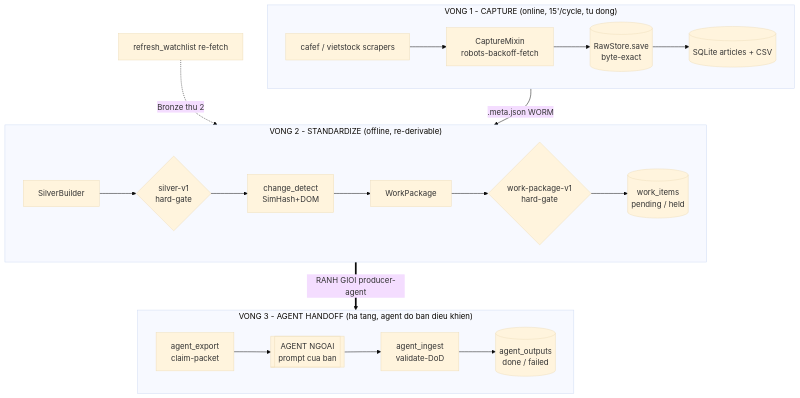
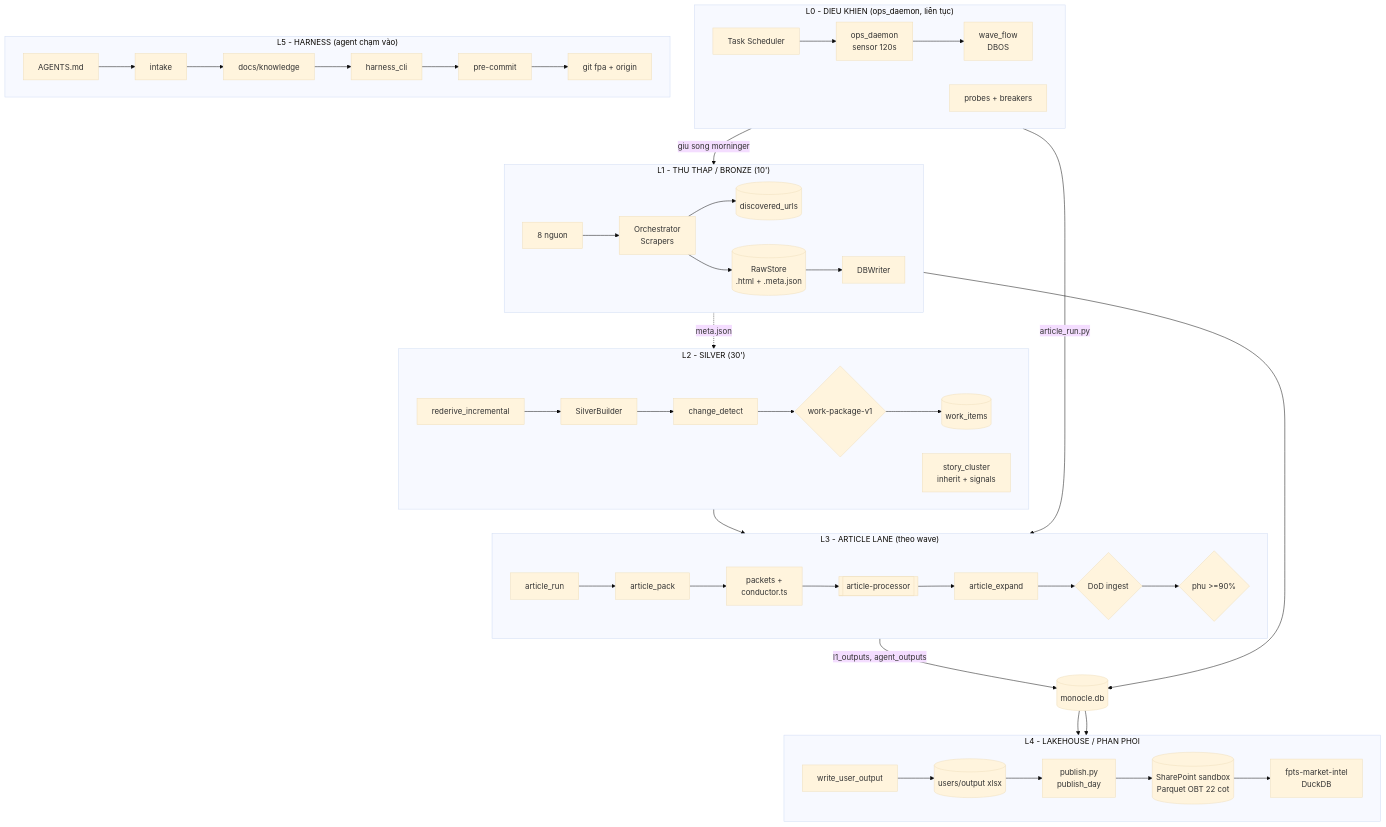
One commit to Tuanan172-py/fts-news-scape changed the first of 5 diagrams in project/docs/design/00-end-to-end-architecture.md. Above: the diagram before and after it, drawn with Mermaid (base theme). The commit also changed other lines of this file and 38 other files, not shown here.

Commit message:
docs(harness): unify architecture state, L0/L1, publish path, manifest SSOT, users/output (US-045, US-046)

````diff
--- a/project/docs/design/00-end-to-end-architecture.md
+++ b/project/docs/design/00-end-to-end-architecture.md
@@ -25,25 +29,38 @@
 ```mermaid
 flowchart TB
-  subgraph V1["VONG 1 - CAPTURE (online, 15'/cycle, tu dong)"]
+  subgraph L0["L0 - DIEU KHIEN (ops_daemon, liên tục)"]
     direction LR
-    SC[cafef / vietstock scrapers] --> CAP[CaptureMixin<br/>robots-backoff-fetch]
-    CAP --> RS[(RawStore.save<br/>byte-exact)]
-    RS --> ART[(SQLite articles + CSV)]
+    TS[Task Scheduler] --> DM[ops_daemon<br/>sensor 120s] --> WF[wave_flow<br/>DBOS]
+    PR[probes + breakers]
   end
-  RS -->|.meta.json WORM| V2
-  subgraph V2["VONG 2 - STANDARDIZE (offline, re-derivable)"]
+  subgraph L1["L1 - THU THAP / BRONZE (10')"]
     direction LR
-    SB[SilverBuilder] --> SG{silver-v1<br/>hard-gate}
-    SG --> CD[change_detect<br/>SimHash+DOM]
-    CD --> WP[WorkPackage] --> WG{work-package-v1<br/>hard-gate}
-    WG --> CAT[(work_items<br/>pending / held)]
+    SRC[8 nguon] --> SCR[Orchestrator<br/>Scrapers] --> LED[(discovered_urls)]
+    SCR --> BRZ[(RawStore<br/>.html + .meta.json)] --> DBW[DBWriter]
   end
-  RF[refresh_watchlist re-fetch] -.->|Bronze thu 2| SB
-  CAT ==>|RANH GIOI producer-agent| V3
-  subgraph V3["VONG 3 - AGENT HANDOFF (ha tang, agent do ban dieu khien)"]
+  subgraph L2["L2 - SILVER (30')"]
     direction LR
-    EXP[agent_export<br/>claim-packet] --> AGT[[AGENT NGOAI<br/>prompt cua ban]]
-    AGT --> ING[agent_ingest<br/>validate-DoD]
-    ING --> OUT[(agent_outputs<br/>done / failed)]
+    DER[rederive_incremental] --> SIL[SilverBuilder] --> CHG[change_detect] --> WP{work-package-v1} --> WI[(work_items)]
+    CLU[story_cluster<br/>inherit + signals]
   end
+  subgraph L3["L3 - ARTICLE LANE (theo wave)"]
+    direction LR
+    RUN[article_run] --> PCK[article_pack] --> PKT[packets +<br/>conductor.ts] --> LLM[[article-processor]] --> EXP[article_expand] --> ING{DoD ingest} --> VER{phu >=90%}
+  end
+  subgraph L4["L4 - LAKEHOUSE / PHAN PHOI"]
+    direction LR
+    DLV[write_user_output] --> XLS[(users/output xlsx)] --> PUB[publish.py<br/>publish_day] --> SP[(SharePoint sandbox<br/>Parquet OBT 22 cot)] --> PLG[fpts-market-intel<br/>DuckDB]
+  end
+  subgraph L5["L5 - HARNESS (agent chạm vào)"]
+    direction LR
+    AG[AGENTS.md] --> INT[intake] --> KNW[docs/knowledge] --> CLI[harness_cli] --> HK[pre-commit] --> GIT[git fpa + origin]
+  end
+  WF -->|article_run.py| RUN
+  DM -->|giu song morninger| SCR
+  DBW --> DB[(monocle.db)]
+  BRZ -.->|meta.json| DER
+  WI --> PCK
+  VER -->|l1_outputs, agent_outputs| DB
+  DB --> DLV
+  DB --> PUB
 ```
````
